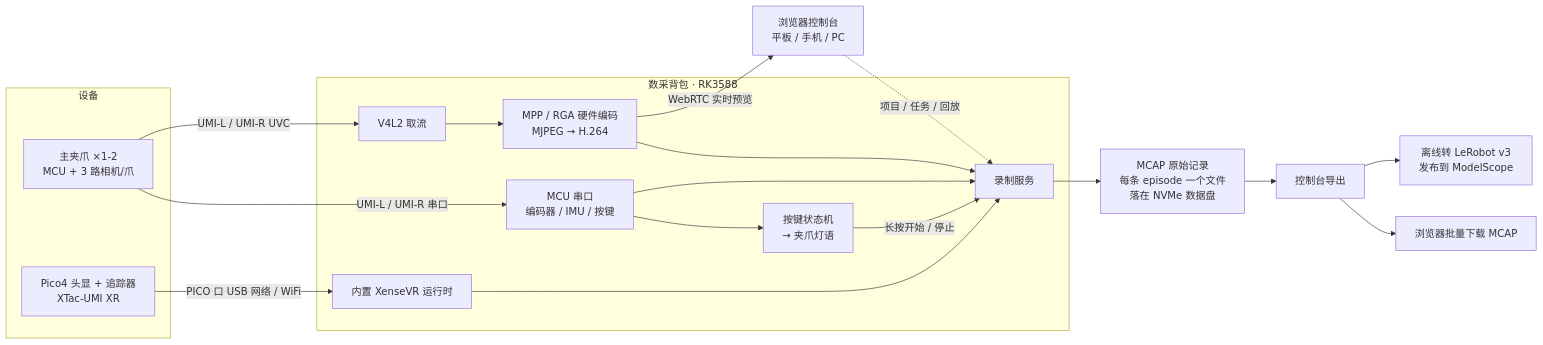
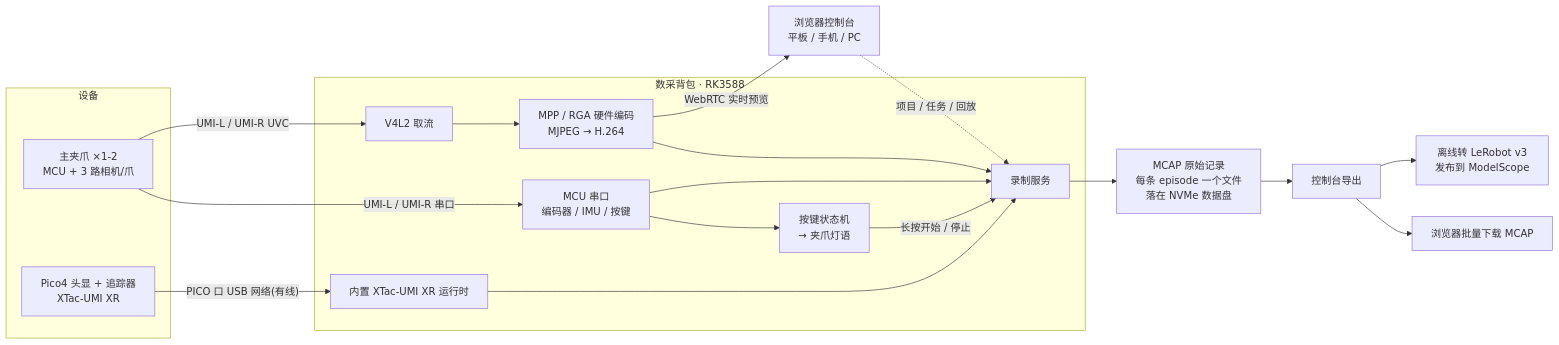
One commit to XenseRobotics-AI/XTac-UMI-G1-Docs changed the first of 2 diagrams in docs/product/g1.md. Above: the diagram before and after it, drawn with Mermaid. The commit also changed other lines of this file and 21 other files, not shown here.

First line of the commit message:
docs: XenseVR 改名 XTac-UMI XR;头显默认走有线,写明无线的波动与延迟;润色 g1 开头

````diff
--- a/docs/product/g1.md
+++ b/docs/product/g1.md
@@ -33,30 +33,30 @@
 ```mermaid
 flowchart LR
     subgraph DEV["设备"]
         G["主夹爪 ×1-2<br/>MCU + 3 路相机/爪"]
         P["Pico4 头显 + 追踪器<br/>XTac-UMI XR"]
     end
     subgraph BP["数采背包 · RK3588"]
         MCU["MCU 串口<br/>编码器 / IMU / 按键"]
         KEY["按键状态机<br/>→ 夹爪灯语"]
         V4L["V4L2 取流"]
         MPP["MPP / RGA 硬件编码<br/>MJPEG → H.264"]
-        VR["内置 XenseVR 运行时"]
+        VR["内置 XTac-UMI XR 运行时"]
         REC["录制服务"]
     end
     G -->|"UMI-L / UMI-R 串口"| MCU
     G -->|"UMI-L / UMI-R UVC"| V4L
-    P -->|"PICO 口 USB 网络 / WiFi"| VR
+    P -->|"PICO 口 USB 网络(有线)"| VR
     MCU --> KEY
     KEY -->|"长按开始 / 停止"| REC
     MCU --> REC
     V4L --> MPP
     MPP --> REC
     VR --> REC
     MPP -->|"WebRTC 实时预览"| UI["浏览器控制台<br/>平板 / 手机 / PC"]
     UI -.->|"项目 / 任务 / 回放"| REC
     REC --> MCAP["MCAP 原始记录<br/>每条 episode 一个文件<br/>落在 NVMe 数据盘"]
     MCAP --> EXP["控制台导出"]
     EXP --> DL["浏览器批量下载 MCAP"]
     EXP --> LR["离线转 LeRobot v3<br/>发布到 ModelScope"]
 ```
````
